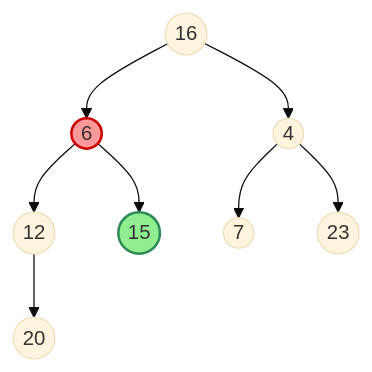
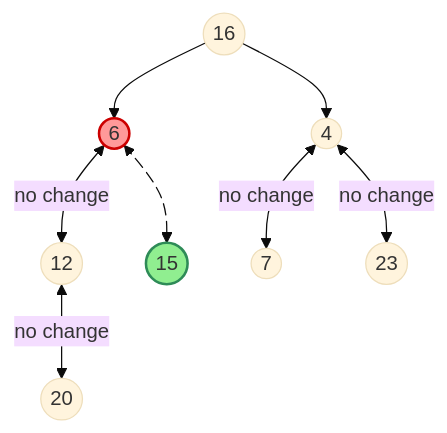
Diagram 14 of 17 in lectures/lect-11-Heap.md (ruslylove/datastruct), drawn with Mermaid (base theme) before and after one commit. The commit also changed other lines of this file, not shown here.

````diff
--- a/lectures/lect-11-Heap.md
+++ b/lectures/lect-11-Heap.md
@@ -453,12 +459,13 @@
 ```mermaid {scale: 0.8}
 graph TD
     A((16)) --> B((6))
     A --> C((4))
-    B --> D((12))
-    B --> E((15))
-    C --> F((7))
-    C --> G((23))
-    D --> H((20))
+    B <-- no change --> D((12))
+    B e1@<--> E((15))
+    C <-- no change --> F((7))
+    C <-- no change --> G((23))
+    D <-- no change --> H((20))
     style B fill:#f99,stroke:#c00,stroke-width:2px
     style E fill:#90EE90,stroke:#2E8B57,stroke-width:2px
+    e1@{ animate : true }
 ```
````
